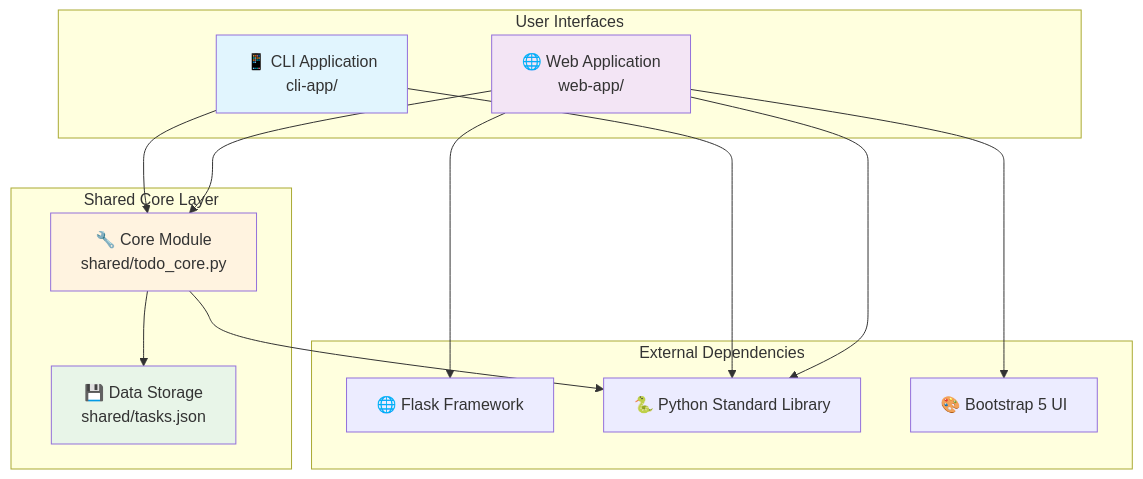
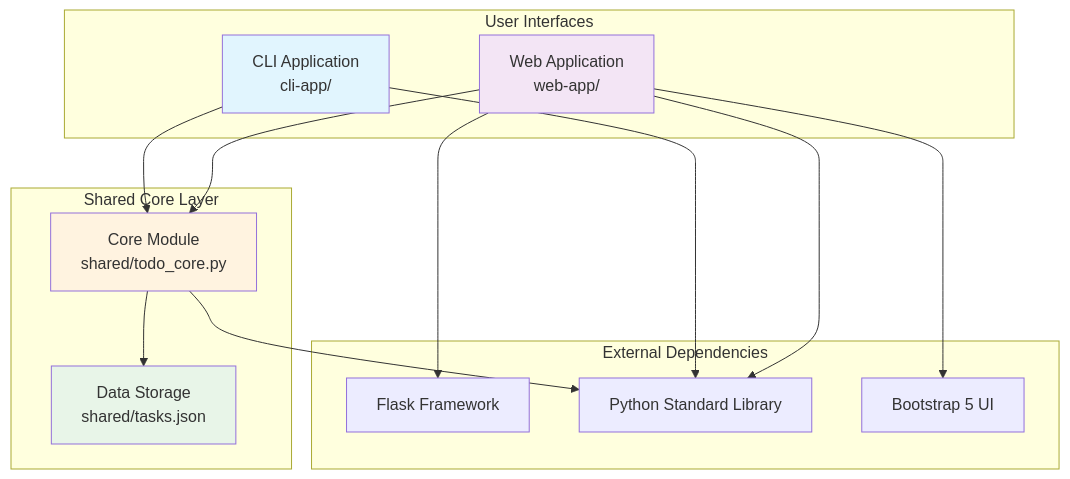
One commit to vickeycheng/AI_Test changed the first of 18 diagrams in shared/design_document.md. Above: the diagram before and after it, drawn with Mermaid. The commit also changed other lines of this file, not shown here.

````diff
--- a/shared/design_document.md
+++ b/shared/design_document.md
@@ -20,32 +20,32 @@
 ```mermaid
 graph TB
-    subgraph "User Interfaces"
-        CLI[📱 CLI Application<br/>cli-app/]
-        WEB[🌐 Web Application<br/>web-app/]
-    end
-    
-    subgraph "Shared Core Layer"
-        CORE[🔧 Core Module<br/>shared/todo_core.py]
-        DATA[💾 Data Storage<br/>shared/tasks.json]
-    end
-    
-    subgraph "External Dependencies"
-        FLASK[🌐 Flask Framework]
-        PYTHON[🐍 Python Standard Library]
-        BOOTSTRAP[🎨 Bootstrap 5 UI]
-    end
-    
-    CLI --> CORE
-    WEB --> CORE
-    WEB --> FLASK
-    CORE --> DATA
-    WEB --> BOOTSTRAP
-    CLI --> PYTHON
-    WEB --> PYTHON
-    CORE --> PYTHON
-    
-    style CLI fill:#e1f5fe
-    style WEB fill:#f3e5f5
-    style CORE fill:#fff3e0
-    style DATA fill:#e8f5e8
+ subgraph UI ["User Interfaces"]
+ CLI["CLI Application<br/>cli-app/"]
+ WEB["Web Application<br/>web-app/"]
+ end
+ 
+ subgraph CORE_LAYER ["Shared Core Layer"]
+ CORE["Core Module<br/>shared/todo_core.py"]
+ DATA["Data Storage<br/>shared/tasks.json"]
+ end
+ 
+ subgraph DEPS ["External Dependencies"]
+ FLASK["Flask Framework"]
+ PYTHON["Python Standard Library"]
+ BOOTSTRAP["Bootstrap 5 UI"]
+ end
+ 
+ CLI --> CORE
+ WEB --> CORE
+ WEB --> FLASK
+ CORE --> DATA
+ WEB --> BOOTSTRAP
+ CLI --> PYTHON
+ WEB --> PYTHON
+ CORE --> PYTHON
+ 
+ style CLI fill:#e1f5fe
+ style WEB fill:#f3e5f5
+ style CORE fill:#fff3e0
+ style DATA fill:#e8f5e8
 ```
````
